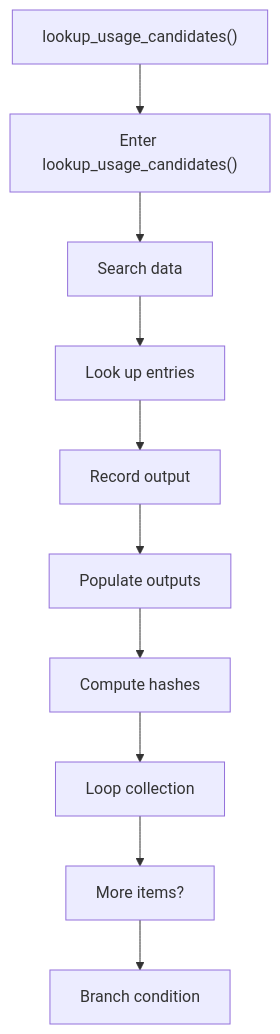
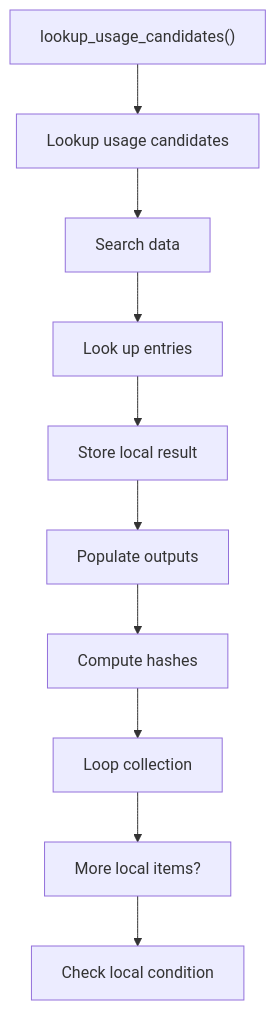
One commit to JohnAndrewBalbarosa/NeoTerritory changed the first of 2 diagrams in docs/Codebase/Microservice/Modules/Source/HashingMechanism/HashLinks/Collect/Flow/functions/lookup_usage_candidates.cpp.md. Above: the diagram before and after it, drawn with Mermaid. The commit also changed other lines of this file and 925 other files, not shown here.

````diff
--- a/docs/Codebase/Microservice/Modules/Source/HashingMechanism/HashLinks/Collect/Flow/functions/lookup_usage_candidates.cpp.md
+++ b/docs/Codebase/Microservice/Modules/Source/HashingMechanism/HashLinks/Collect/Flow/functions/lookup_usage_candidates.cpp.md
@@ -29,22 +29,22 @@
 ```mermaid
 flowchart TD
     N0["lookup_usage_candidates()"]
-    N1["Enter lookup_usage_candidates()"]
+    N1["Lookup usage candidates"]
     N2["Search data"]
     N3["Look up entries"]
-    N4["Record output"]
+    N4["Store local result"]
     N5["Populate outputs"]
     N6["Compute hashes"]
     N7["Loop collection"]
-    N8["More items?"]
-    N9["Branch condition"]
+    N8["More local items?"]
+    N9["Check local condition"]
     N0 --> N1
     N1 --> N2
     N2 --> N3
     N3 --> N4
     N4 --> N5
     N5 --> N6
     N6 --> N7
     N7 --> N8
     N8 --> N9
 ```
````
